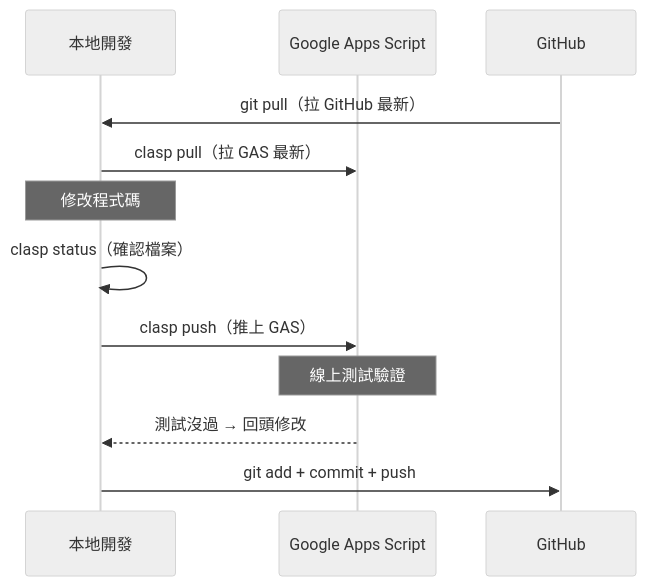
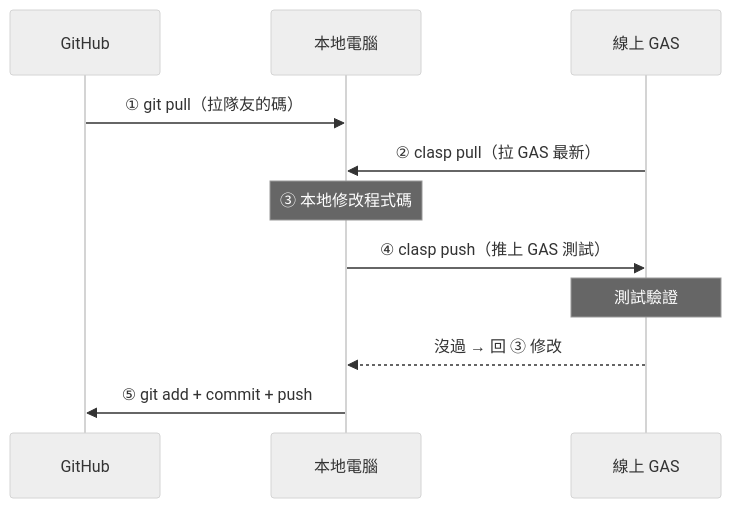
Before and after one commit to oceanTsai/f2e-gas-admin: the diagram in README.md, drawn with Mermaid (neutral theme). The commit also changed other lines of this file and 1 other file, not shown here.

````diff
--- a/README.md
+++ b/README.md
@@ -174,15 +150,14 @@
 ```mermaid
 sequenceDiagram
-    participant Dev as 本地開發
-    participant GAS as Google Apps Script
     participant Git as GitHub
+    participant Dev as 本地電腦
+    participant GAS as 線上 GAS
 
-    Git->>Dev: git pull（拉 GitHub 最新）
-    Dev->>GAS: clasp pull（拉 GAS 最新）
-    Note over Dev: 修改程式碼
-    Dev->>Dev: clasp status（確認檔案）
-    Dev->>GAS: clasp push（推上 GAS）
-    Note over GAS: 線上測試驗證
-    GAS-->>Dev: 測試沒過 → 回頭修改
-    Dev->>Git: git add + commit + push
+    Git->>Dev: ① git pull（拉隊友的碼）
+    GAS->>Dev: ② clasp pull（拉 GAS 最新）
+    Note over Dev: ③ 本地修改程式碼
+    Dev->>GAS: ④ clasp push（推上 GAS 測試）
+    Note over GAS: 測試驗證
+    GAS-->>Dev: 沒過 → 回 ③ 修改
+    Dev->>Git: ⑤ git add + commit + push
 ```
````
